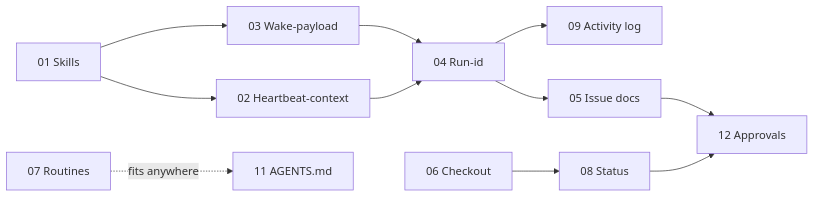
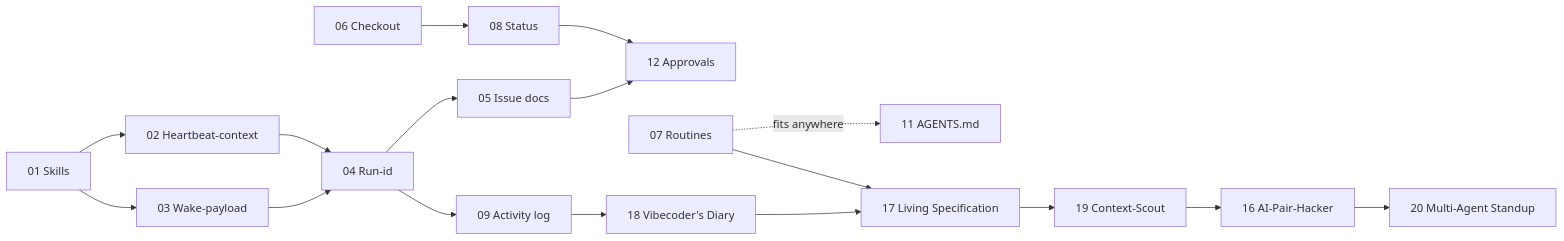
Before and after one commit to Orange-hanter/cod-doc: the diagram in proposals/README.md, drawn with Mermaid. The commit also changed other lines of this file and 5 other files, not shown here.

First line of the commit message:
feat(proposals): add hackathon-track RFCs 16-20 + update README

````diff
--- a/proposals/README.md
+++ b/proposals/README.md
@@ -31,13 +59,21 @@
 ```mermaid
 graph LR
     A[01 Skills] --> B[03 Wake-payload]
     A --> C[02 Heartbeat-context]
     B --> D[04 Run-id]
     C --> D
     D --> E[09 Activity log]
     D --> F[05 Issue docs]
     F --> G[12 Approvals]
     H[08 Status] --> G
     I[06 Checkout] --> H
     J[07 Routines] -.fits anywhere.-> K[11 AGENTS.md]
+    
+    %% Hackathon-track
+    E --> L[18 Vibecoder's Diary]
+    L --> M[17 Living Specification]
+    J --> M
+    M --> N[19 Context-Scout]
+    N --> O[16 AI-Pair-Hacker]
+    O --> P[20 Multi-Agent Standup]
 ```
````
